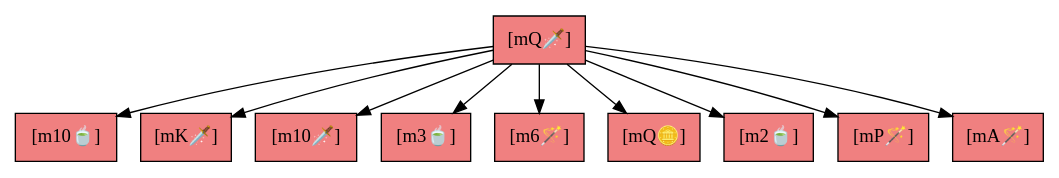
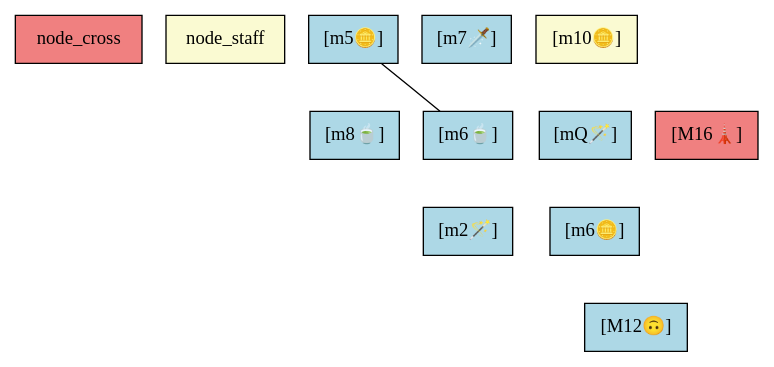
Before and after one commit to infomofo/ts-tarot-cards: the diagram in samples/celticCross-reading.dot, drawn with Graphviz. The commit also changed 2 other files, not shown here.

Commit message:
refactor: Improve Celtic Cross visualization
This commit refactors the `celticCross` spread's `visualRepresentation` to create a more visually accurate layout, based on user feedback.

- **Revised Digraph**: The `visualRepresentation` for the `celticCross` spread has been rewritten using advanced `dot` layout hints (`rank=same`, invisible edges) to produce a more recognizable cross-and-staff shape.
- **Regenerated Sample**: The `celticCross-reading.svg` sample has been regenerated to reflect the new, improved layout.

```diff
--- a/samples/celticCross-reading.dot
+++ b/samples/celticCross-reading.dot
@@ -1,13 +1,29 @@
 
 digraph CelticCross {
-  node [shape=record, style=filled, fillcolor=lightcoral];
-  "[mQ🗡️]" -> "[m10🍵]";
-  "[mQ🗡️]" -> "[mK🗡️]";
-  "[mQ🗡️]" -> "[m10🗡️]";
-  "[mQ🗡️]" -> "[m3🍵]";
-  "[mQ🗡️]" -> "[m6🪄]";
-  "[mQ🗡️]" -> "[mQ🪙]";
-  "[mQ🗡️]" -> "[m2🍵]";
-  "[mQ🗡️]" -> "[mP🪄]";
-  "[mQ🗡️]" -> "[mA🪄]";
+    node [shape=rectangle, style=filled, fillcolor=lightblue];
+    edge [style=invis];
+
+    // Define node styles
+    node_cross [fillcolor=lightcoral];
+    node_staff [fillcolor=lightgoldenrodyellow];
+
+    // Apply styles
+    node [style=filled];
+    subgraph {
+        node [shape=rectangle];
+        "[m6🍵]"; "[m5🪙]"; "[m2🪄]"; "[m8🍵]"; "[m7🗡️]"; "[M16🗼]" [style=filled, fillcolor=lightcoral];
+        "[M12🙃]"; "[m6🪙]"; "[mQ🪄]"; "[m10🪙]" [style=filled, fillcolor=lightgoldenrodyellow];
+    }
+
+    // The Staff
+    "[m10🪙]" -> "[mQ🪄]" -> "[m6🪙]" -> "[M12🙃]";
+
+    // The Cross
+    { rank=same; "[m8🍵]"; "[m6🍵]"; "[M16🗼]"; }
+    "[m8🍵]" -> "[m6🍵]" -> "[M16🗼]";
+    "[m7🗡️]" -> "[m6🍵]" -> "[m2🪄]";
+    "[m5🪙]" -> "[m6🍵]" [style=solid, dir=none, constraint=false];
+
+    // Connect Cross to Staff
+    "[M16🗼]" -> "[M12🙃]" [minlen=2];
 }
```
